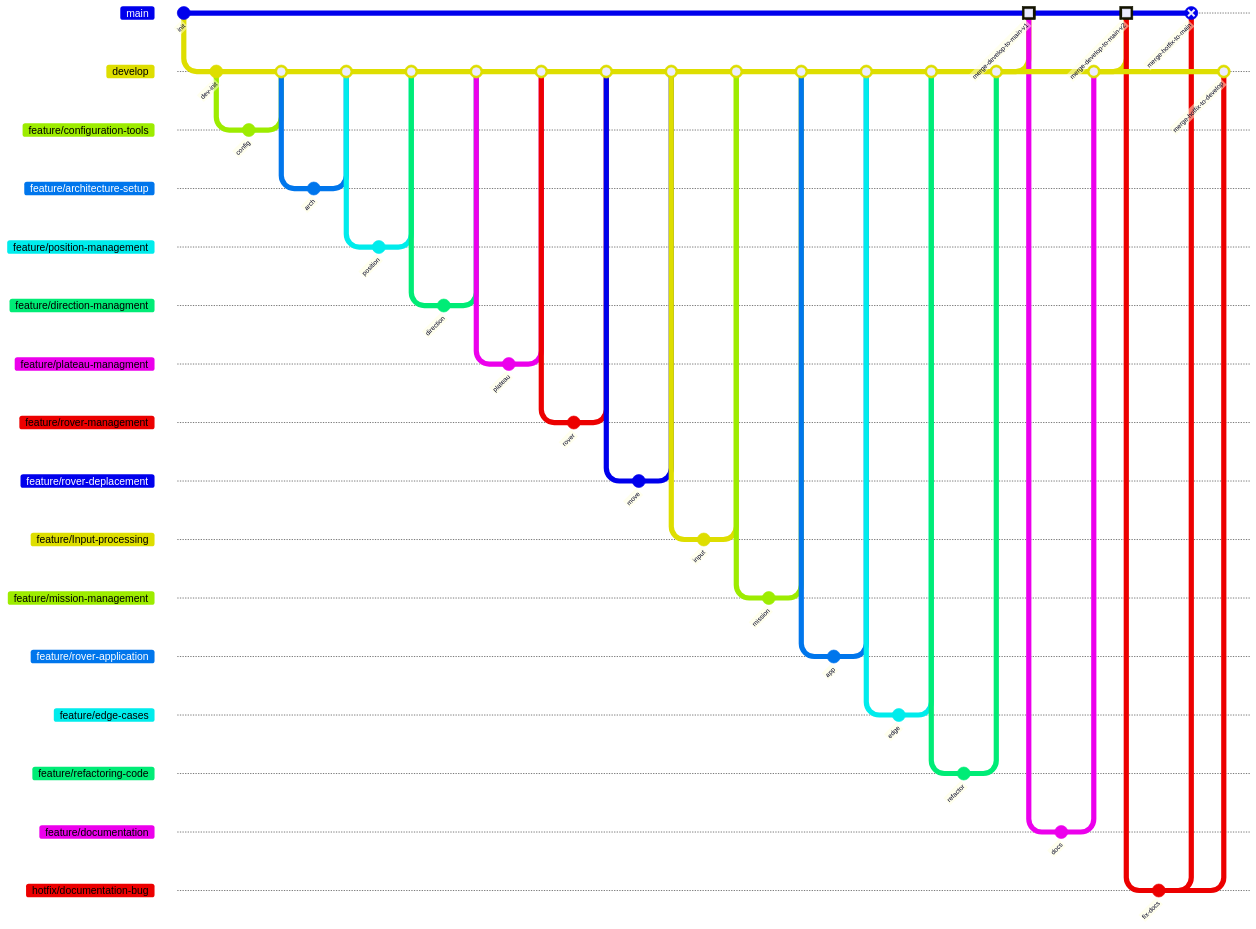
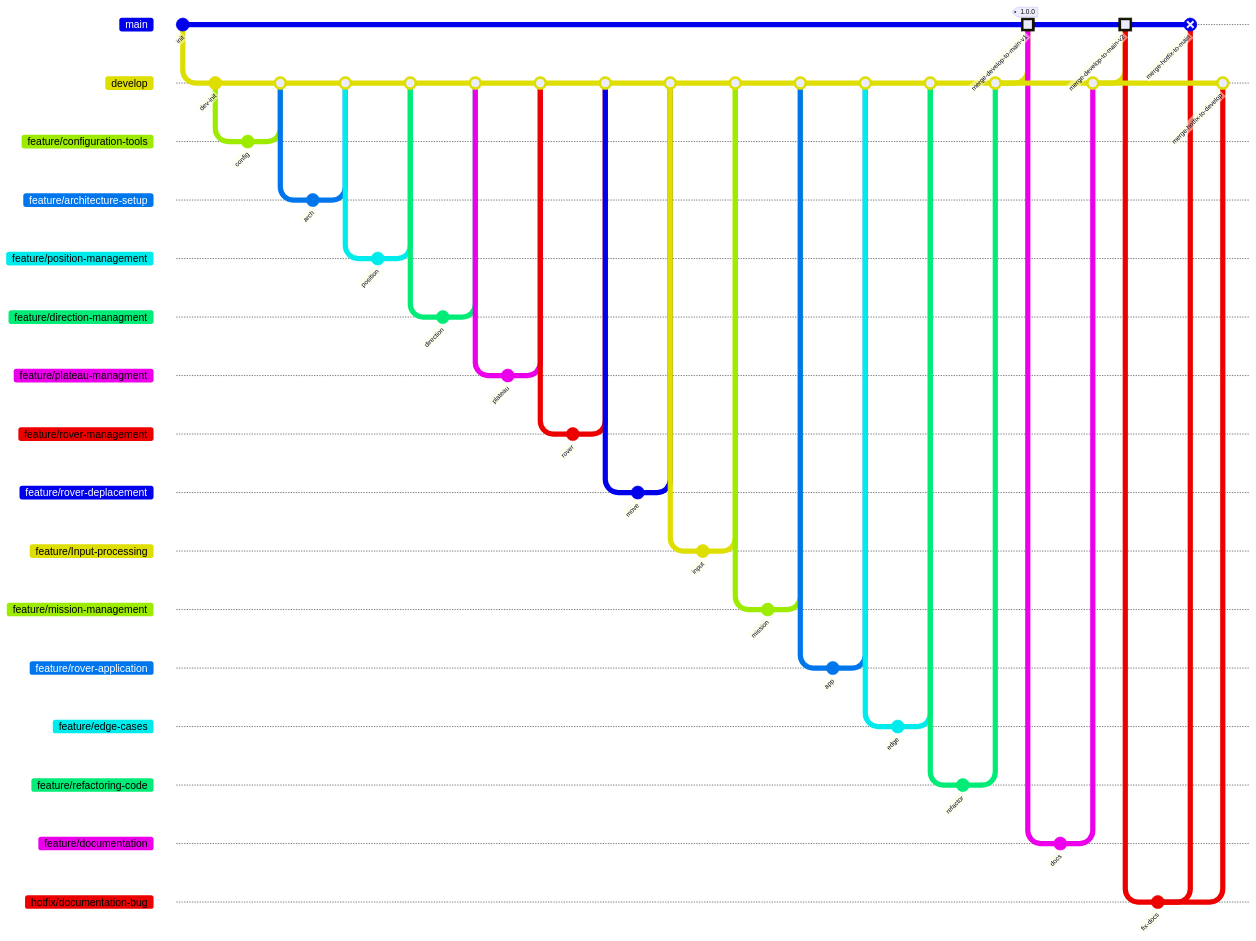
Before and after one commit to aitdahmane/rover-exercice: the diagram in README.md, drawn with Mermaid.

Commit message:
fix(documentation): Add missing tag information in README merge instructions

```diff
--- a/README.md
+++ b/README.md
@@ -214,7 +214,7 @@
     merge feature/refactoring-code
 
     checkout main
-    merge develop id: "merge-develop-to-main-v1" type: HIGHLIGHT
+    merge develop id: "merge-develop-to-main-v1" type: HIGHLIGHT tag: "1.0.0"
 
     branch feature/documentation
     checkout feature/documentation
```
